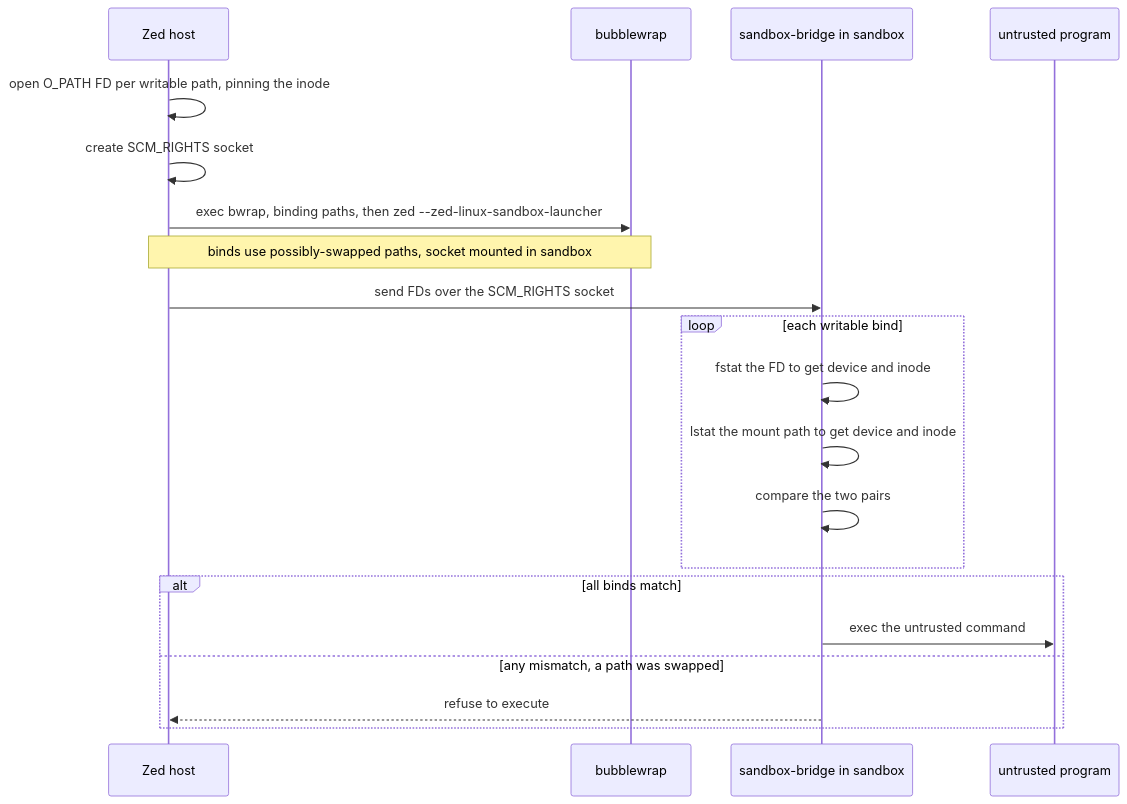
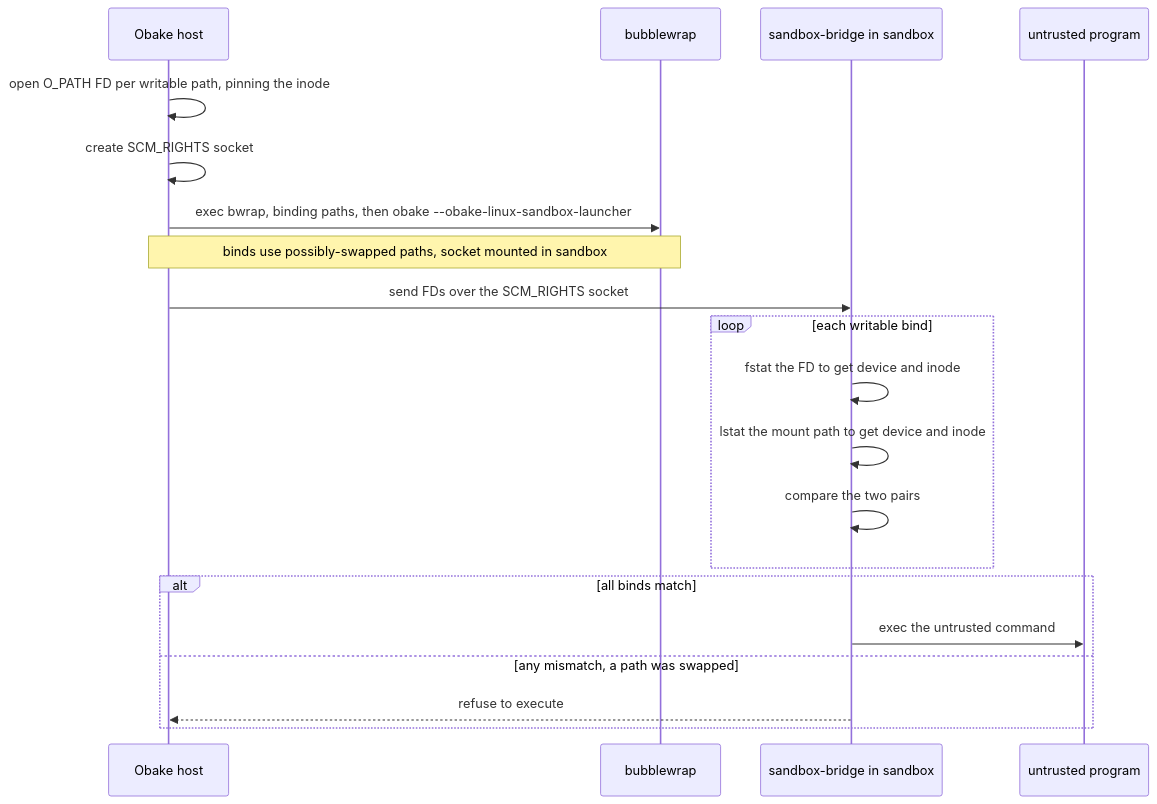
The second of 2 diagrams in gui/crates/sandbox/README.md (sadosystems/obake2), drawn with Mermaid before and after one commit. The commit also changed other lines of this file and 588 other files, not shown here.

First line of the commit message:
gui: rename Zed -> Obake (identifiers, crates, strings, docs)

````diff
--- a/gui/crates/sandbox/README.md
+++ b/gui/crates/sandbox/README.md
@@ -205,23 +205,23 @@
 ```mermaid
 sequenceDiagram
-    participant Zed as Zed host
+    participant Obake as Obake host
     participant BW as bubblewrap
     participant Bridge as sandbox-bridge in sandbox
     participant Prog as untrusted program
 
-    Zed->>Zed: open O_PATH FD per writable path, pinning the inode
-    Zed->>Zed: create SCM_RIGHTS socket
-    Zed->>BW: exec bwrap, binding paths, then zed --zed-linux-sandbox-launcher
-    Note over Zed,BW: binds use possibly-swapped paths, socket mounted in sandbox
-    Zed->>Bridge: send FDs over the SCM_RIGHTS socket
+    Obake->>Obake: open O_PATH FD per writable path, pinning the inode
+    Obake->>Obake: create SCM_RIGHTS socket
+    Obake->>BW: exec bwrap, binding paths, then obake --obake-linux-sandbox-launcher
+    Note over Obake,BW: binds use possibly-swapped paths, socket mounted in sandbox
+    Obake->>Bridge: send FDs over the SCM_RIGHTS socket
     loop each writable bind
         Bridge->>Bridge: fstat the FD to get device and inode
         Bridge->>Bridge: lstat the mount path to get device and inode
         Bridge->>Bridge: compare the two pairs
     end
     alt all binds match
         Bridge->>Prog: exec the untrusted command
     else any mismatch, a path was swapped
-        Bridge-->>Zed: refuse to execute
+        Bridge-->>Obake: refuse to execute
     end
 ```
````
